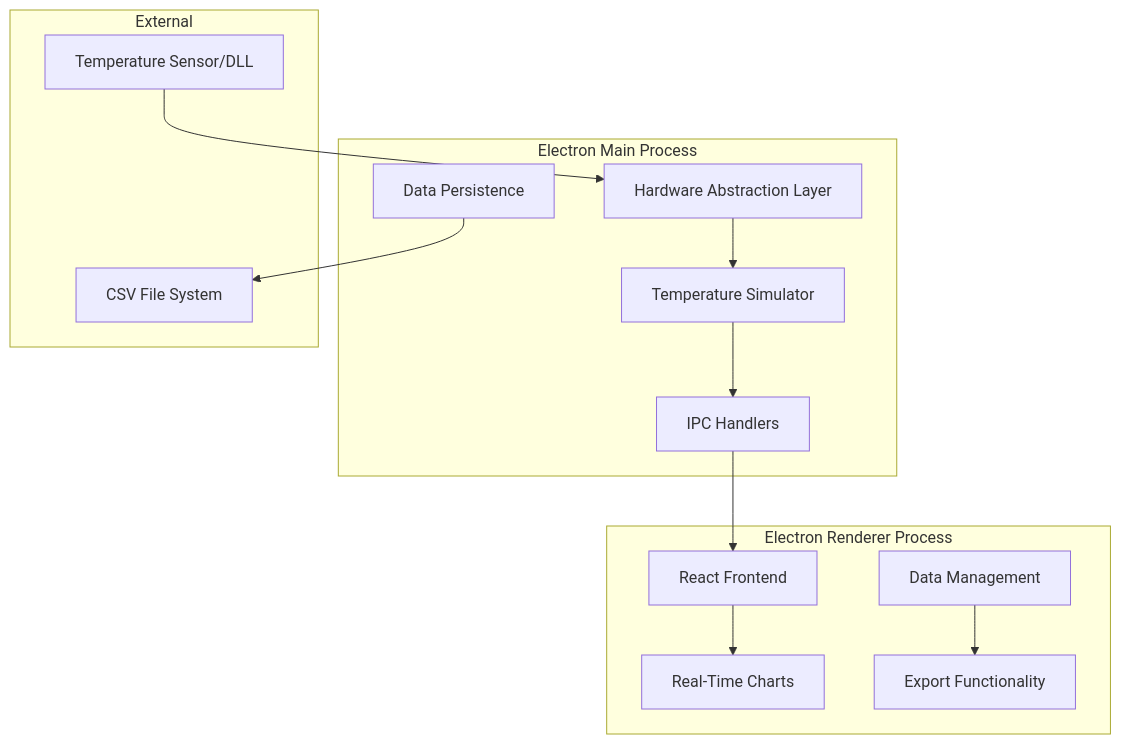
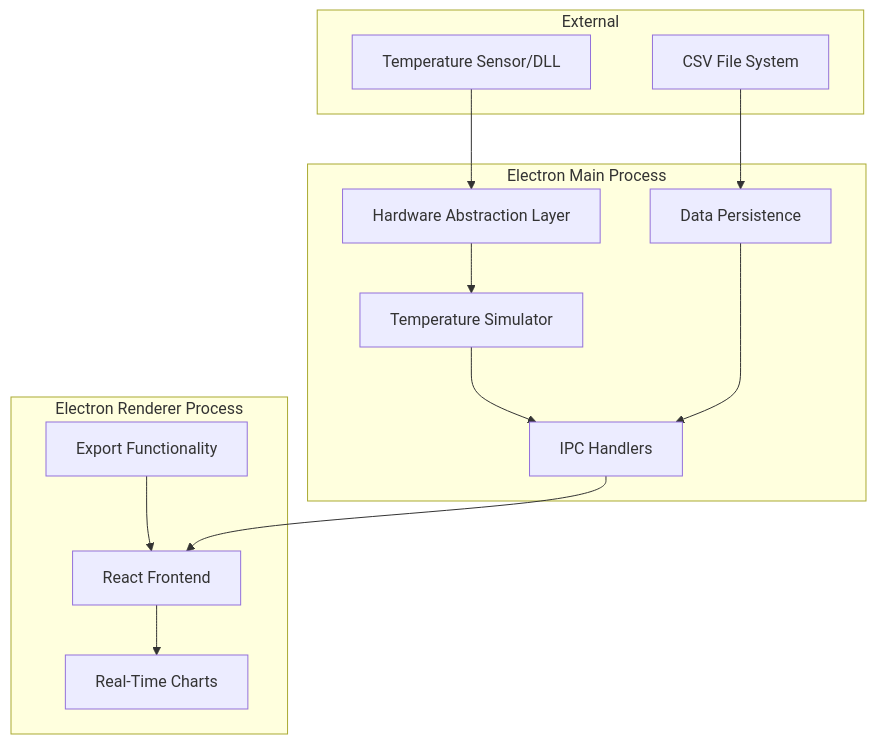
One commit to Interlaken0/temperature-plotter changed the diagram in README.md. Above: the diagram before and after it, drawn with Mermaid. The commit also changed other lines of this file and 1 other file, not shown here.

````diff
--- a/README.md
+++ b/README.md
@@ -59,29 +53,20 @@
 ```mermaid
 graph TB
     subgraph "Electron Main Process"
-        A[Temperature Simulator]
-        B[IPC Handlers]
-        C[Data Persistence]
-        D[Hardware Abstraction Layer]
+        A[Temperature Simulator] --> B[IPC Handlers]
+        C[Hardware Abstraction Layer] --> A
+        D[Data Persistence] --> B
     end
     
     subgraph "Electron Renderer Process"
-        E[React Frontend]
-        F[Real-Time Charts]
-        G[Data Management]
-        H[Export Functionality]
+        E[React Frontend] --> F[Real-Time Charts]
+        G[Export Functionality] --> E
     end
     
     subgraph "External"
-        I[Temperature Sensor/DLL]
-        J[CSV File System]
+        H[Temperature Sensor/DLL] --> C
+        I[CSV File System] --> D
     end
     
-    A --> B
     B --> E
-    E --> F
-    G --> H
-    C --> J
-    I --> D
-    D --> A
 ```
````
